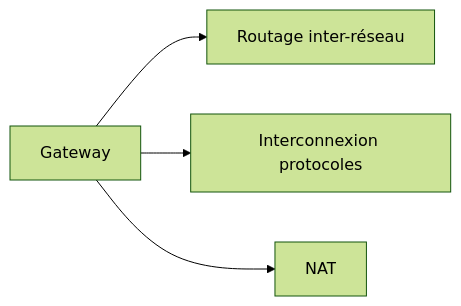
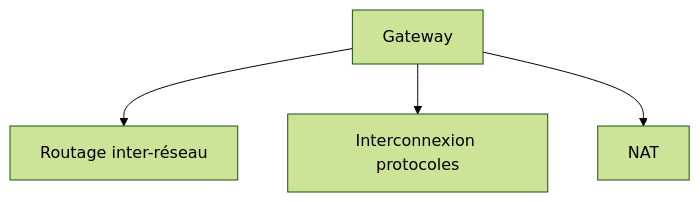
One commit to zyrass/omnydocs changed diagram 12 of 38 in docs/glossaire/administration-reseau.md. Above: the diagram before and after it, drawn with Mermaid (forest theme). The commit also changed other lines of this file and 1780 other files, not shown here.

````diff
--- a/docs/glossaire/administration-reseau.md
+++ b/docs/glossaire/administration-reseau.md
@@ -259,6 +311,6 @@
-    ```mermaid
-    graph LR
-        A[Gateway] --> B[Routage inter-réseau]
-        A --> C[Interconnexion protocoles]
-        A --> D[NAT]
-    ```
+```mermaid
+graph TB
+    A[Gateway] --> B[Routage inter-réseau]
+    A --> C[Interconnexion protocoles]
+    A --> D[NAT]
+```
````
